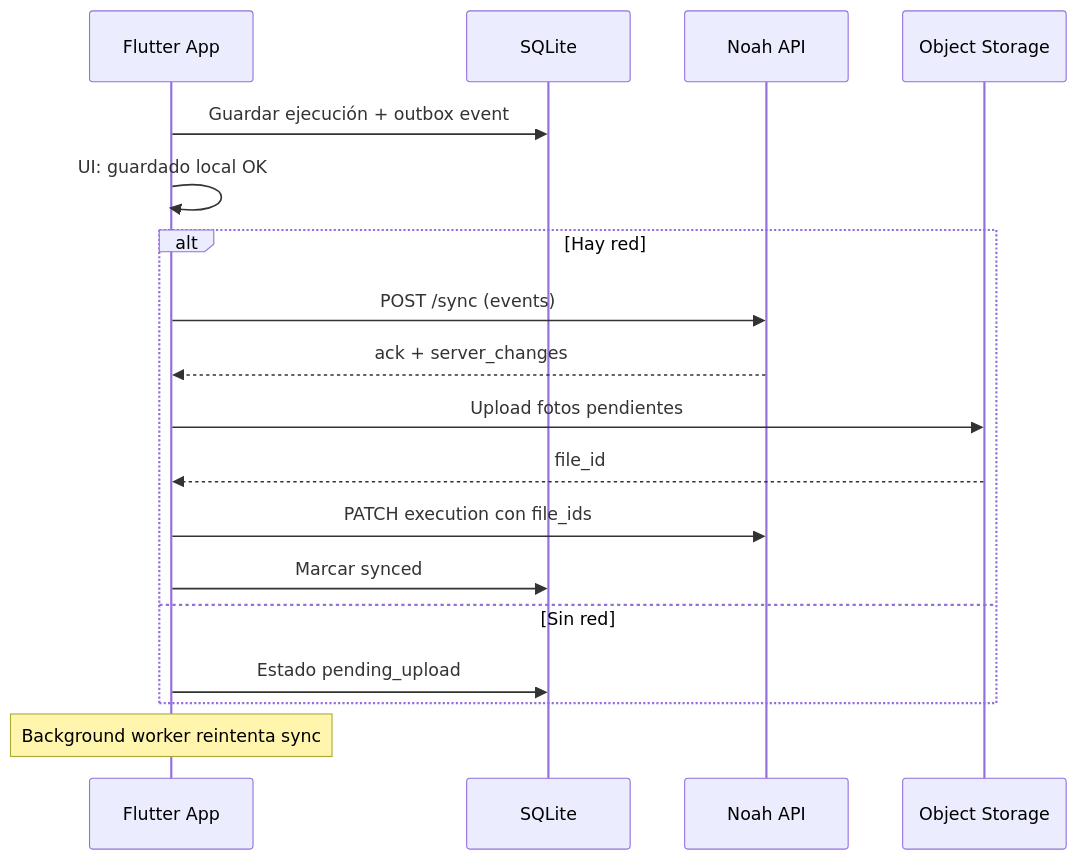
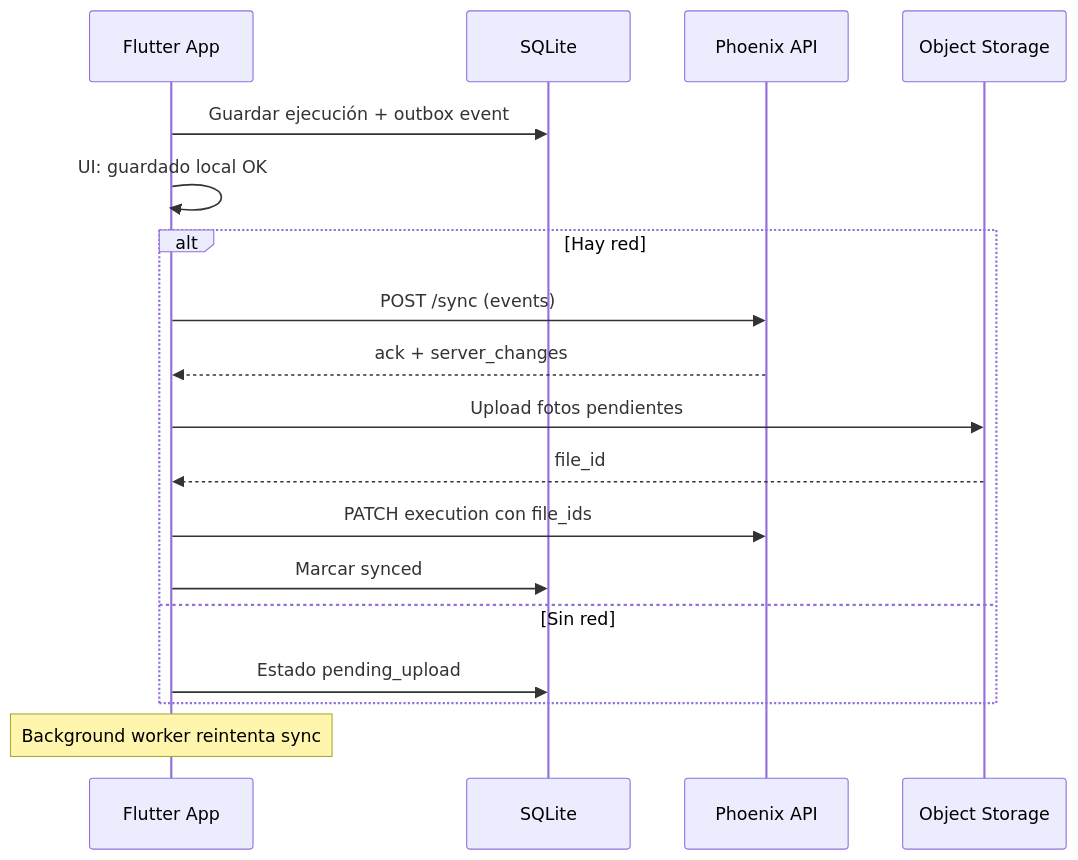
One commit to Adrian247/noah changed the diagram in openspec/diagrams/sync-flow.md. Above: the diagram before and after it, drawn with Mermaid. The commit also changed other lines of this file and 402 other files, not shown here.

````diff
--- a/openspec/diagrams/sync-flow.md
+++ b/openspec/diagrams/sync-flow.md
@@ -3,23 +3,23 @@
 ```mermaid
 sequenceDiagram
   participant App as Flutter App
   participant DB as SQLite
-  participant API as Noah API
+  participant API as Phoenix API
   participant S3 as Object Storage
 
   App->>DB: Guardar ejecución + outbox event
   App->>App: UI: guardado local OK
 
   alt Hay red
     App->>API: POST /sync (events)
     API-->>App: ack + server_changes
     App->>S3: Upload fotos pendientes
     S3-->>App: file_id
     App->>API: PATCH execution con file_ids
     App->>DB: Marcar synced
   else Sin red
     App->>DB: Estado pending_upload
   end
 
   Note over App: Background worker reintenta sync
 ```
````
